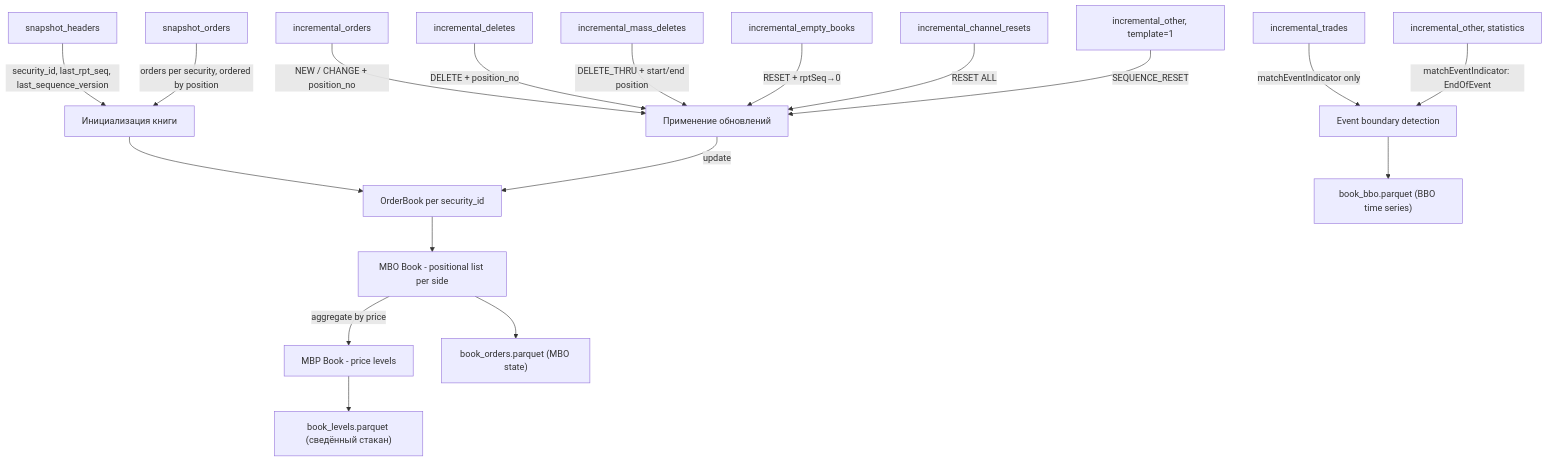
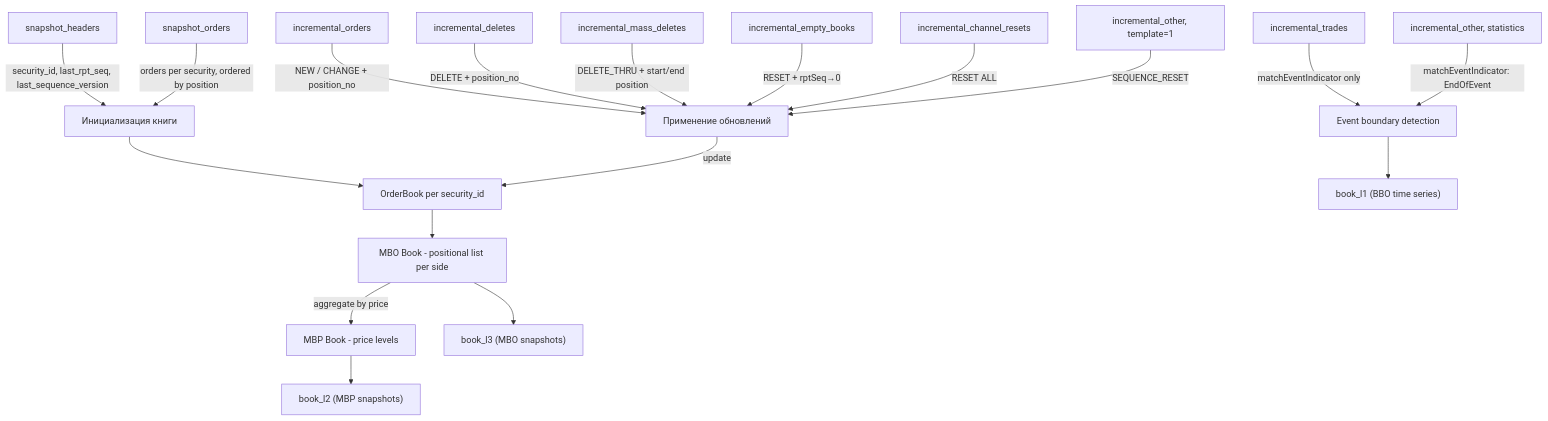
Before and after one commit to borsden/test_1: the diagram in АЛГОРИТМ_СТАКАНА.md, drawn with Mermaid. The commit also changed other lines of this file and 3 other files, not shown here.

````diff
--- a/АЛГОРИТМ_СТАКАНА.md
+++ b/АЛГОРИТМ_СТАКАНА.md
@@ -363,23 +363,23 @@
 ```mermaid
 graph TD
     A[snapshot_headers] -->|security_id, last_rpt_seq, last_sequence_version| B[Инициализация книги]
     C[snapshot_orders] -->|orders per security, ordered by position| B
     B --> D[OrderBook per security_id]
     
     E[incremental_orders] -->|NEW / CHANGE + position_no| F[Применение обновлений]
     G[incremental_deletes] -->|DELETE + position_no| F
     H[incremental_mass_deletes] -->|DELETE_THRU + start/end position| F
     I[incremental_empty_books] -->|RESET + rptSeq→0| F
     J[incremental_channel_resets] -->|RESET ALL| F
     K[incremental_other, template=1] -->|SEQUENCE_RESET| F
     
     L[incremental_trades] -->|matchEventIndicator only| M[Event boundary detection]
     N[incremental_other, statistics] -->|matchEventIndicator: EndOfEvent| M
     
     F -->|update| D
     D --> O[MBO Book - positional list per side]
     O -->|aggregate by price| P[MBP Book - price levels]
-    P --> Q["book_levels.parquet (сведённый стакан)"]
-    O --> R["book_orders.parquet (MBO state)"]
-    M --> S["book_bbo.parquet (BBO time series)"]
+    O --> R["book_l3 (MBO snapshots)"]
+    P --> Q["book_l2 (MBP snapshots)"]
+    M --> S["book_l1 (BBO time series)"]
 ```
````
